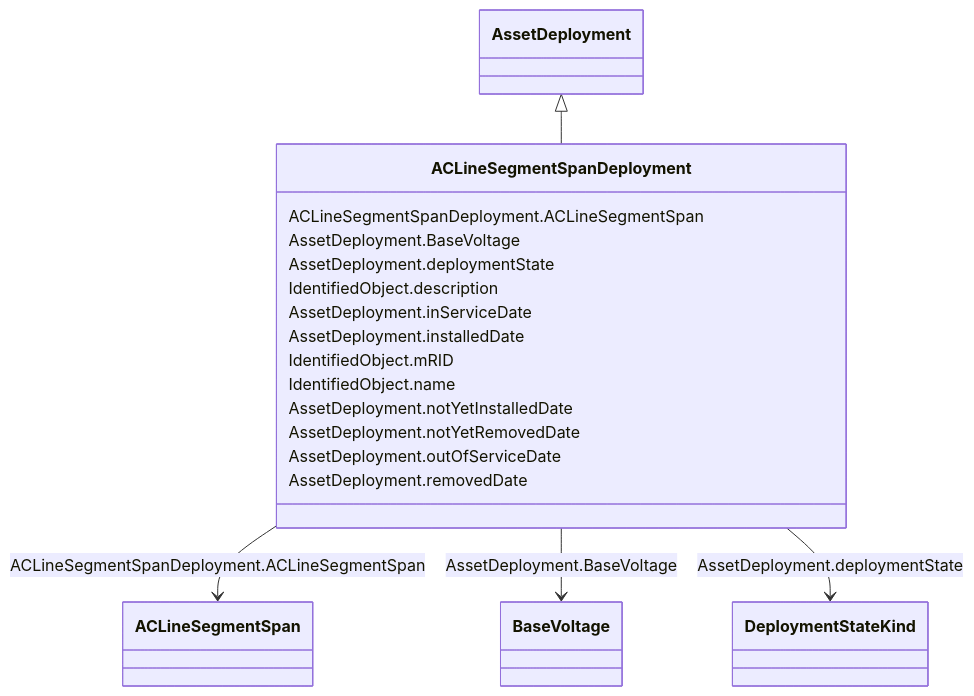
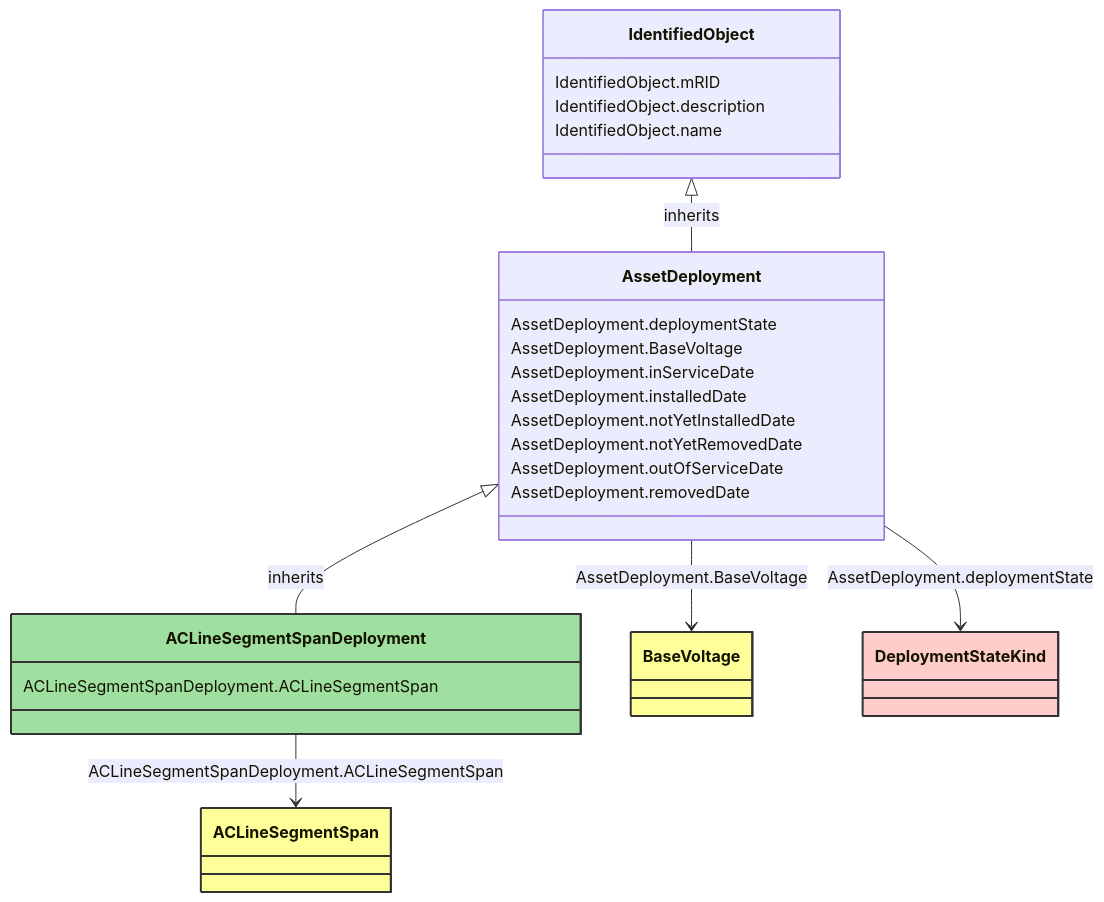
One commit to 3lbits/NoCIMExtensions changed the diagram in docs/AviationObstacle/ACLineSegmentSpanDeployment.md. Above: the diagram before and after it, drawn with Mermaid. The commit also changed other lines of this file and 177 other files, not shown here.

````diff
--- a/docs/AviationObstacle/ACLineSegmentSpanDeployment.md
+++ b/docs/AviationObstacle/ACLineSegmentSpanDeployment.md
@@ -16,42 +8,48 @@
 ```mermaid
- classDiagram
+classDiagram
     class ACLineSegmentSpanDeployment
-    click ACLineSegmentSpanDeployment href "../ACLineSegmentSpanDeployment"
-      AssetDeployment <|-- ACLineSegmentSpanDeployment
-        click AssetDeployment href "../AssetDeployment"
-      
-      ACLineSegmentSpanDeployment : ACLineSegmentSpanDeployment.ACLineSegmentSpan
-        
-          ACLineSegmentSpanDeployment --> ACLineSegmentSpan : ACLineSegmentSpanDeployment.ACLineSegmentSpan
-          click ACLineSegmentSpan href "../ACLineSegmentSpan"
-        
-      ACLineSegmentSpanDeployment : AssetDeployment.BaseVoltage
-        
-          ACLineSegmentSpanDeployment --> BaseVoltage : AssetDeployment.BaseVoltage
-          click BaseVoltage href "../BaseVoltage"
-        
-      ACLineSegmentSpanDeployment : AssetDeployment.deploymentState
-        
-          ACLineSegmentSpanDeployment --> DeploymentStateKind : AssetDeployment.deploymentState
-          click DeploymentStateKind href "../DeploymentStateKind"
-        
-      ACLineSegmentSpanDeployment : IdentifiedObject.description
-        
-      ACLineSegmentSpanDeployment : AssetDeployment.inServiceDate
-        
-      ACLineSegmentSpanDeployment : AssetDeployment.installedDate
-        
-      ACLineSegmentSpanDeployment : IdentifiedObject.mRID
-        
-      ACLineSegmentSpanDeployment : IdentifiedObject.name
-        
-      ACLineSegmentSpanDeployment : AssetDeployment.notYetInstalledDate
-        
-      ACLineSegmentSpanDeployment : AssetDeployment.notYetRemovedDate
-        
-      ACLineSegmentSpanDeployment : AssetDeployment.outOfServiceDate
-        
-      ACLineSegmentSpanDeployment : AssetDeployment.removedDate
-        
-      
+    click ACLineSegmentSpanDeployment href "/AviationObstacle/ACLineSegmentSpanDeployment/"
+    style ACLineSegmentSpanDeployment fill:#9fdf9f,stroke:#333,stroke-width:2px,rx:10,ry:10
+
+        AssetDeployment <|-- ACLineSegmentSpanDeployment : inherits
+            click AssetDeployment href "/AviationObstacle/AssetDeployment/"
+            style AssetDeployment rx:10,ry:10
+
+        ACLineSegmentSpanDeployment
+            click ACLineSegmentSpanDeployment href "/AviationObstacle/ACLineSegmentSpanDeployment/"
+            style ACLineSegmentSpanDeployment rx:10,ry:10
+
+        IdentifiedObject <|-- AssetDeployment : inherits
+            click IdentifiedObject href "/AviationObstacle/IdentifiedObject/"
+            style IdentifiedObject rx:10,ry:10
+
+        ACLineSegmentSpanDeployment --> ACLineSegmentSpan : ACLineSegmentSpanDeployment.ACLineSegmentSpan
+
+        ACLineSegmentSpan
+            click ACLineSegmentSpan href "/AviationObstacle/ACLineSegmentSpan/"
+            style ACLineSegmentSpan fill:#ffff99,stroke:#333,stroke-width:2px,rx:10,ry:10
+        AssetDeployment --> BaseVoltage : AssetDeployment.BaseVoltage
+
+        BaseVoltage
+            click BaseVoltage href "/AviationObstacle/BaseVoltage/"
+            style BaseVoltage fill:#ffff99,stroke:#333,stroke-width:2px,rx:10,ry:10
+
+        AssetDeployment --> DeploymentStateKind : AssetDeployment.deploymentState
+
+        DeploymentStateKind
+            click DeploymentStateKind href "/AviationObstacle/DeploymentStateKind/"
+            style DeploymentStateKind fill:#FFCCCB,stroke:#333,stroke-width:2px,rx:10,ry:10
+
+        ACLineSegmentSpanDeployment : ACLineSegmentSpanDeployment.ACLineSegmentSpan
+        AssetDeployment : AssetDeployment.deploymentState
+        AssetDeployment : AssetDeployment.BaseVoltage
+        AssetDeployment : AssetDeployment.inServiceDate
+        AssetDeployment : AssetDeployment.installedDate
+        AssetDeployment : AssetDeployment.notYetInstalledDate
+        AssetDeployment : AssetDeployment.notYetRemovedDate
+        AssetDeployment : AssetDeployment.outOfServiceDate
+        AssetDeployment : AssetDeployment.removedDate
+        IdentifiedObject : IdentifiedObject.mRID
+        IdentifiedObject : IdentifiedObject.description
+        IdentifiedObject : IdentifiedObject.name
 ```
````
